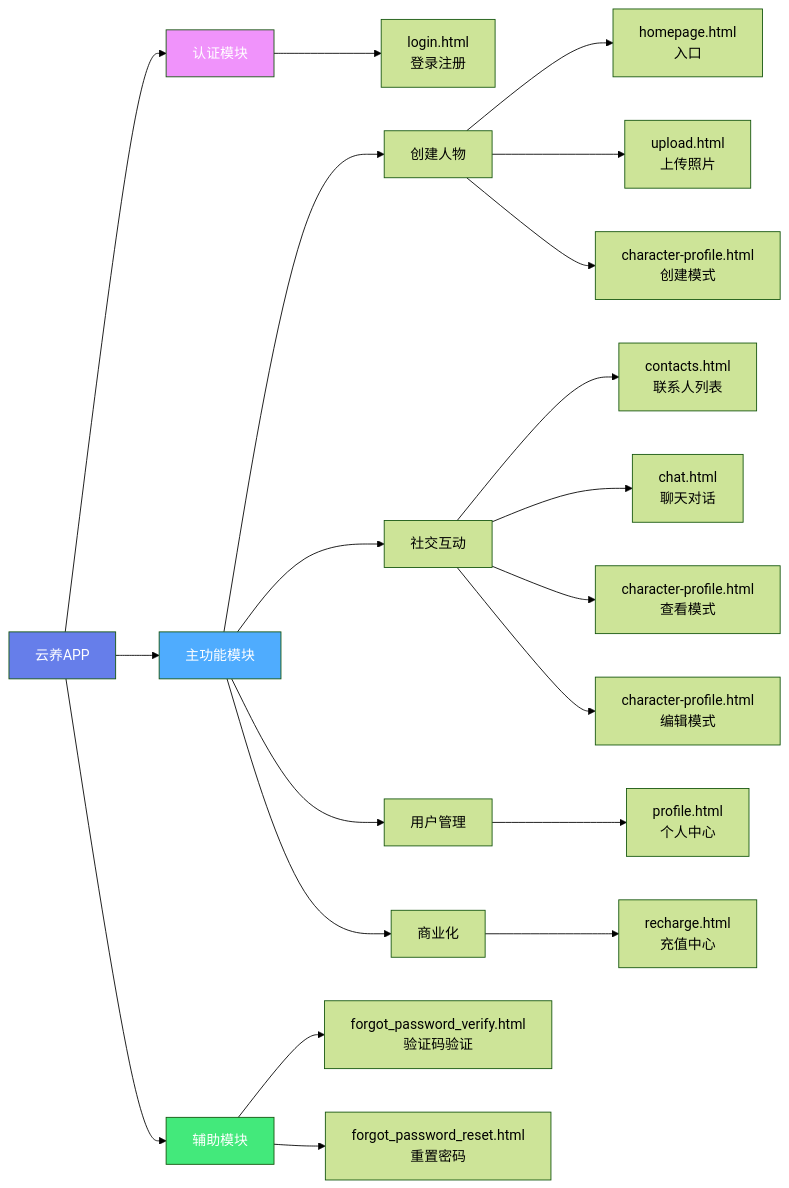
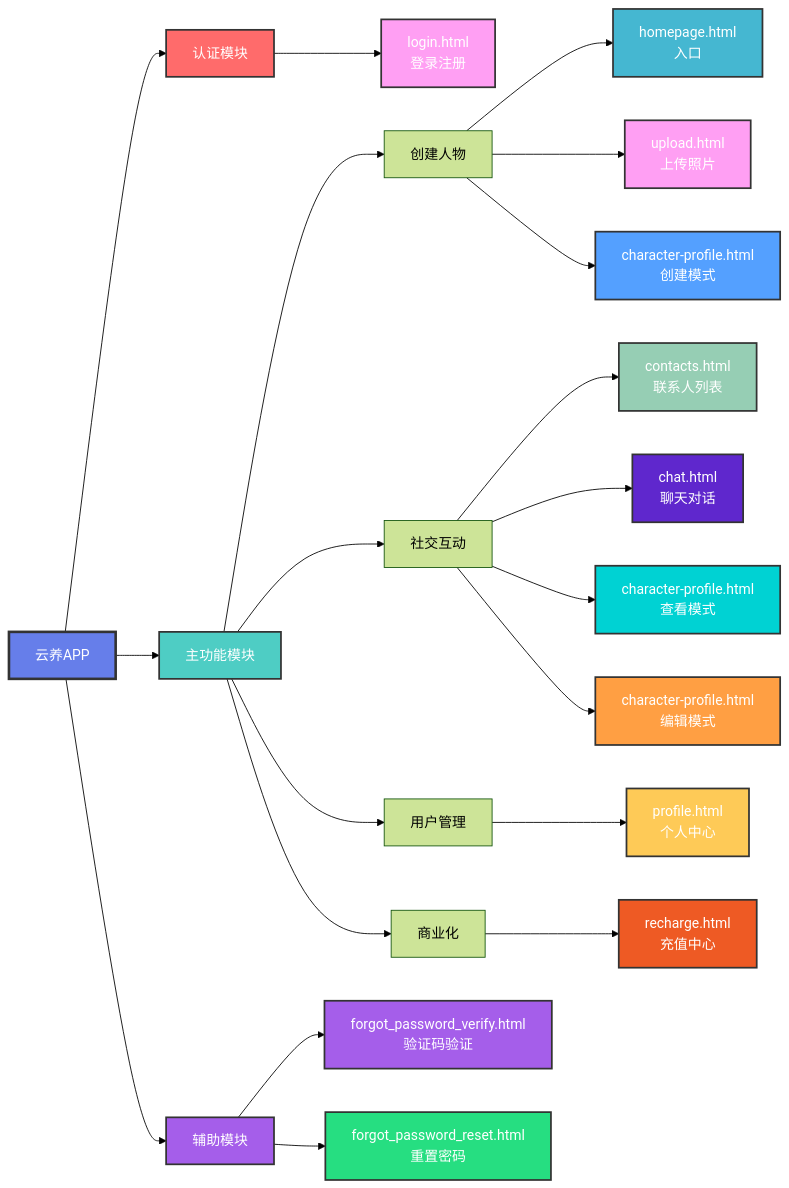
The second of 2 diagrams in 页面层级图.md (Cynthiafu9508/Yunyang), drawn with Mermaid (forest theme) before and after one commit. The commit also changed other lines of this file, not shown here.

First line of the commit message:
refactor: 优化页面层级图结构

````diff
--- a/页面层级图.md
+++ b/页面层级图.md
@@ -61,34 +59,46 @@
 ```mermaid
 graph LR
     Root[云养APP] --> Auth[认证模块]
     Root --> Main[主功能模块]
     Root --> Assist[辅助模块]
     
     Auth --> A1[login.html<br/>登录注册]
     
     Main --> M1[创建人物]
     Main --> M2[社交互动]
     Main --> M3[用户管理]
     Main --> M4[商业化]
     
     M1 --> M1A[homepage.html<br/>入口]
     M1 --> M1B[upload.html<br/>上传照片]
     M1 --> M1C[character-profile.html<br/>创建模式]
     
     M2 --> M2A[contacts.html<br/>联系人列表]
     M2 --> M2B[chat.html<br/>聊天对话]
     M2 --> M2C[character-profile.html<br/>查看模式]
     M2 --> M2D[character-profile.html<br/>编辑模式]
     
     M3 --> M3A[profile.html<br/>个人中心]
     
     M4 --> M4A[recharge.html<br/>充值中心]
     
     Assist --> AS1[forgot_password_verify.html<br/>验证码验证]
     Assist --> AS2[forgot_password_reset.html<br/>重置密码]
     
-    style Root fill:#667eea,color:#fff
-    style Auth fill:#f093fb,color:#fff
-    style Main fill:#4facfe,color:#fff
-    style Assist fill:#43e97b,color:#fff
+    style Root fill:#667eea,stroke:#333,stroke-width:3px,color:#fff
+    style Auth fill:#ff6b6b,stroke:#333,stroke-width:2px,color:#fff
+    style Main fill:#4ecdc4,stroke:#333,stroke-width:2px,color:#fff
+    style Assist fill:#a55eea,stroke:#333,stroke-width:2px,color:#fff
+    style A1 fill:#ff9ff3,stroke:#333,stroke-width:2px,color:#fff
+    style M1A fill:#45b7d1,stroke:#333,stroke-width:2px,color:#fff
+    style M1B fill:#ff9ff3,stroke:#333,stroke-width:2px,color:#fff
+    style M1C fill:#54a0ff,stroke:#333,stroke-width:2px,color:#fff
+    style M2A fill:#96ceb4,stroke:#333,stroke-width:2px,color:#fff
+    style M2B fill:#5f27cd,stroke:#333,stroke-width:2px,color:#fff
+    style M2C fill:#00d2d3,stroke:#333,stroke-width:2px,color:#fff
+    style M2D fill:#ff9f43,stroke:#333,stroke-width:2px,color:#fff
+    style M3A fill:#feca57,stroke:#333,stroke-width:2px,color:#fff
+    style M4A fill:#ee5a24,stroke:#333,stroke-width:2px,color:#fff
+    style AS1 fill:#a55eea,stroke:#333,stroke-width:2px,color:#fff
+    style AS2 fill:#26de81,stroke:#333,stroke-width:2px,color:#fff
 ```
````
